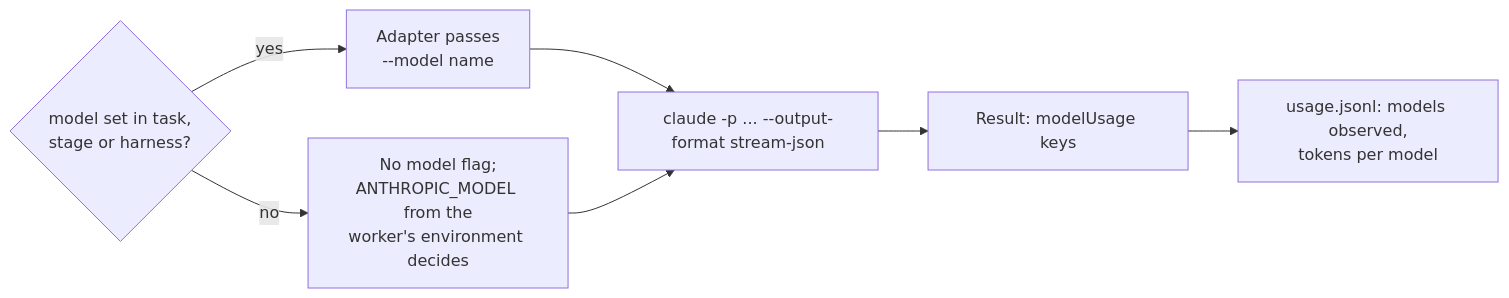
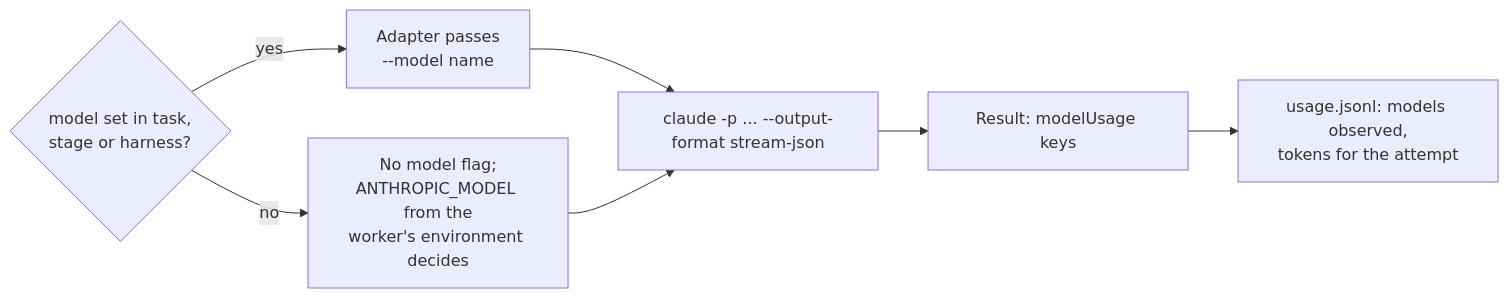
Before and after one commit to plaktoz/factory: the first of 2 diagrams in docs/design/modules/09-worker-adapters-and-governed-helpers.md, drawn with Mermaid. The commit also changed 3 other files, not shown here.

````diff
--- a/docs/design/modules/09-worker-adapters-and-governed-helpers.md
+++ b/docs/design/modules/09-worker-adapters-and-governed-helpers.md
@@ -60,9 +60,9 @@
 ```mermaid
 flowchart LR
   cfg{"model set in task,<br/>stage or harness?"} -- yes --> flag["Adapter passes<br/>--model name"]
   cfg -- no --> none["No model flag;<br/>ANTHROPIC_MODEL from the<br/>worker's environment decides"]
   flag --> run["claude -p ... --output-format stream-json"]
   none --> run
   run --> res["Result: modelUsage keys"]
-  res --> rec["usage.jsonl: models observed,<br/>tokens per model"]
+  res --> rec["usage.jsonl: models observed,<br/>tokens for the attempt"]
 ```
````
